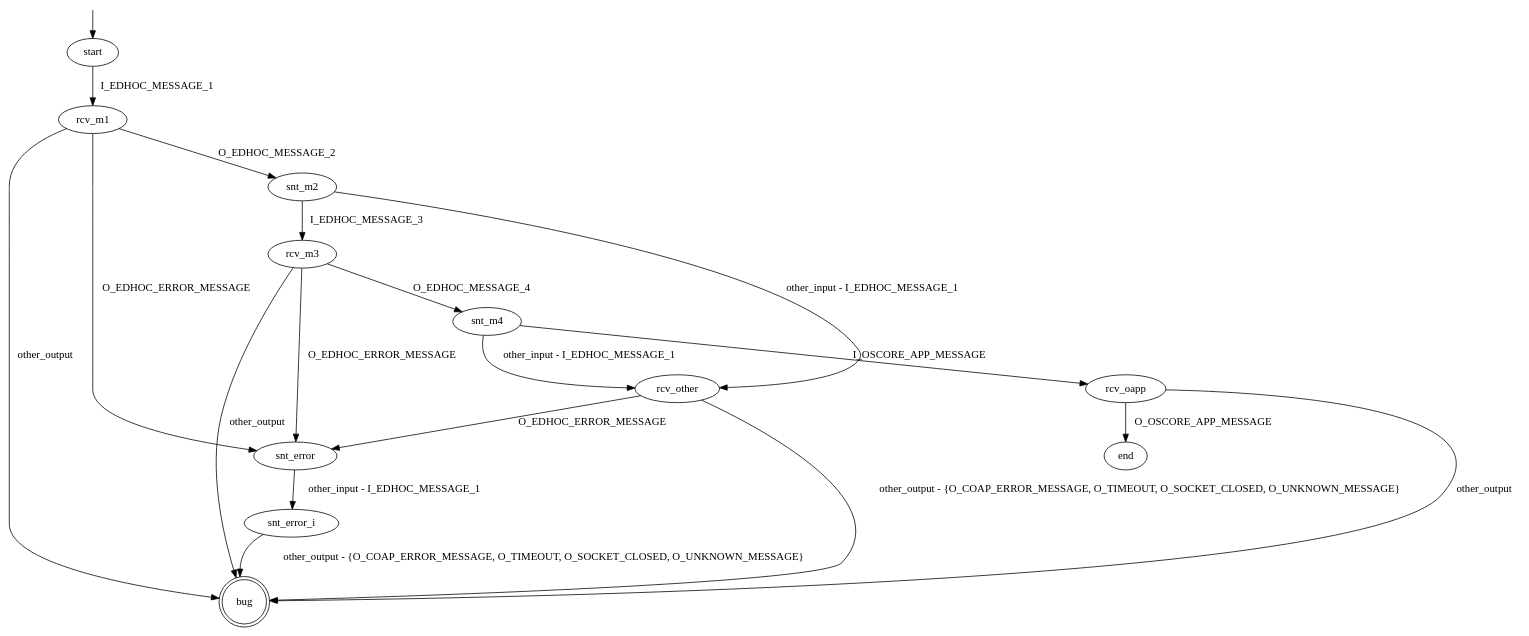
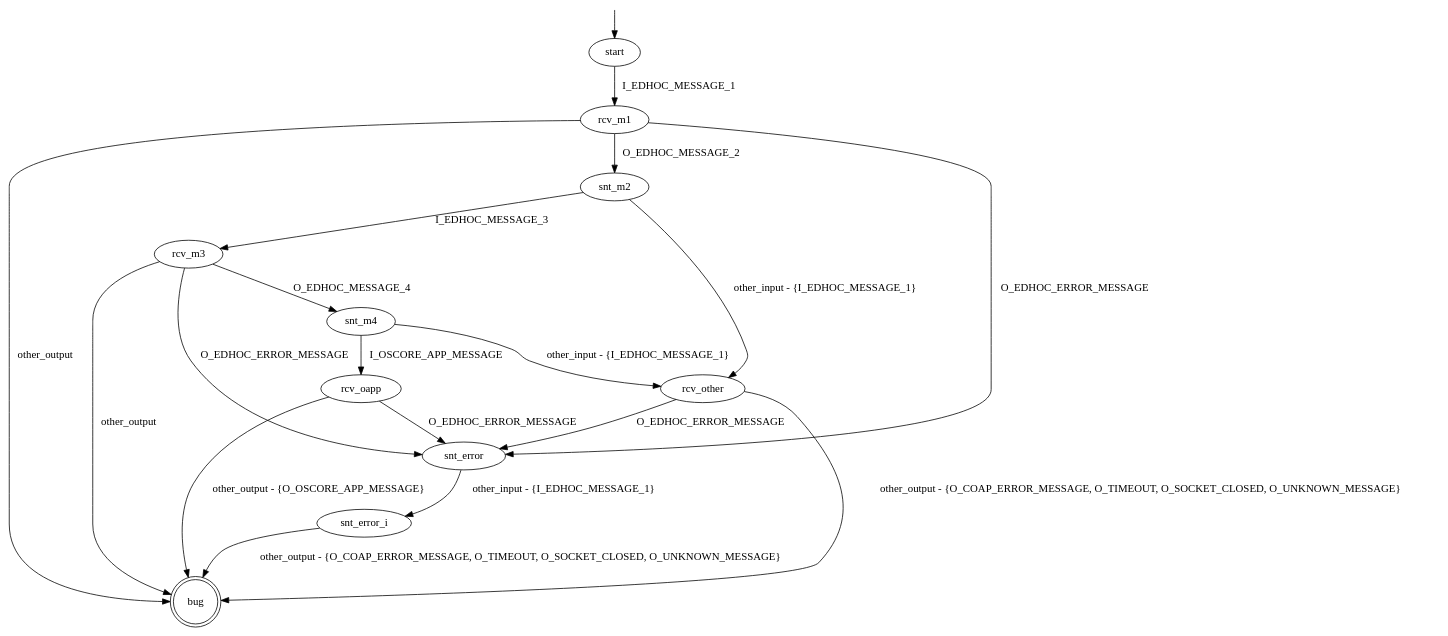
One commit to assist-project/state-machine-bug-finder changed the diagram in src/main/resources/patterns/edhoc/server/gen_R_m4_app.dot. Above: the diagram before and after it, drawn with Graphviz. The commit also changed 3 other files, not shown here.

```diff
--- a/src/main/resources/patterns/edhoc/server/gen_R_m4_app.dot
+++ b/src/main/resources/patterns/edhoc/server/gen_R_m4_app.dot
@@ -1,31 +1,31 @@
 digraph G {
 bug [shape="doublecircle"]
 
 start -> rcv_m1 [label="I_EDHOC_MESSAGE_1"]
 
 rcv_m1 -> snt_m2 [label="O_EDHOC_MESSAGE_2"]
 rcv_m1 -> snt_error [label="O_EDHOC_ERROR_MESSAGE"]
 rcv_m1 -> bug [label="other_output"]
 
 snt_m2 -> rcv_m3 [label="I_EDHOC_MESSAGE_3"]
-snt_m2 -> rcv_other [label="other_input - I_EDHOC_MESSAGE_1"]
+snt_m2 -> rcv_other [label="other_input - {I_EDHOC_MESSAGE_1}"]
 
 rcv_m3 -> snt_m4 [label="O_EDHOC_MESSAGE_4"]
 rcv_m3 -> snt_error [label="O_EDHOC_ERROR_MESSAGE"]
 rcv_m3 -> bug [label="other_output"]
 
 snt_m4 -> rcv_oapp [label="I_OSCORE_APP_MESSAGE"]
-snt_m4 -> rcv_other [label="other_input - I_EDHOC_MESSAGE_1"]
+snt_m4 -> rcv_other [label="other_input - {I_EDHOC_MESSAGE_1}"]
 
-rcv_oapp -> end [label="O_OSCORE_APP_MESSAGE"]
-rcv_oapp -> bug [label="other_output"]
+rcv_oapp -> bug [label="other_output - {O_OSCORE_APP_MESSAGE}"]
+rcv_oapp -> snt_error [label="O_EDHOC_ERROR_MESSAGE"]
 
 rcv_other -> bug [label="other_output - {O_COAP_ERROR_MESSAGE, O_TIMEOUT, O_SOCKET_CLOSED, O_UNKNOWN_MESSAGE}"]
 rcv_other -> snt_error [label="O_EDHOC_ERROR_MESSAGE"]
 
-snt_error -> snt_error_i [label="other_input - I_EDHOC_MESSAGE_1"]
+snt_error -> snt_error_i [label="other_input - {I_EDHOC_MESSAGE_1}"]
 snt_error_i -> bug [label="other_output - {O_COAP_ERROR_MESSAGE, O_TIMEOUT, O_SOCKET_CLOSED, O_UNKNOWN_MESSAGE}"]
 
 __start0 [label="" shape="none" width="0" height="0"];
 __start0 -> start;
 }
```
